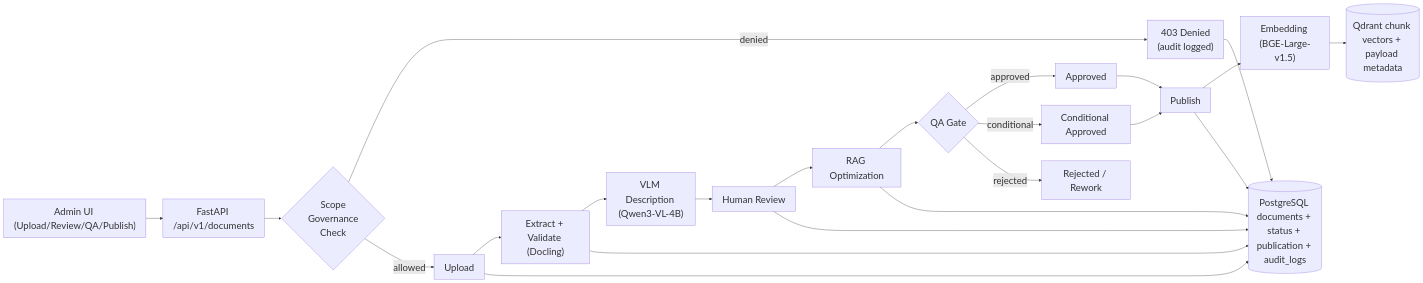
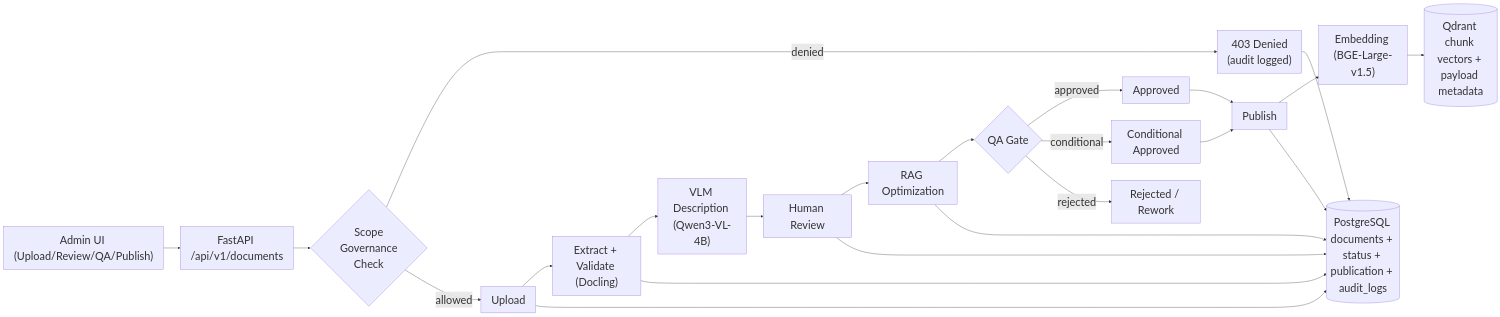
The first of 14 diagrams in docs/capstone/Final_Report.md (abedhossainn/PlantIQ), drawn with Mermaid before and after one commit. The commit also changed other lines of this file and 2 other files, not shown here.

````diff
--- a/docs/capstone/Final_Report.md
+++ b/docs/capstone/Final_Report.md
@@ -282,27 +282,27 @@
 ```mermaid
-%%{init: {'themeVariables': {'fontSize': '28px'}}}%%
+%%{init: {'themeVariables': {'fontSize': '32px'}}}%%
 flowchart LR
     %% Admin ingestion path
     UI["Admin UI (Upload/Review/QA/Publish)"] --> API["FastAPI /api/v1/documents"]
     API --> SCOPE{"Scope\nGovernance\nCheck"}
     SCOPE -->|denied| DENY["403 Denied\n(audit logged)"]
     SCOPE -->|allowed| UPL["Upload"] --> EXT["Extract + Validate (Docling)"] --> VLM["VLM Description (Qwen3-VL-4B)"]
     VLM --> HR["Human Review"] --> OPT["RAG Optimization"] --> QAG{"QA Gate"}
 
     %% QA outcomes
     QAG -->|approved| APP["Approved"] --> PUB["Publish"]
     QAG -->|conditional| COND["Conditional Approved"] --> PUB
     QAG -->|rejected| REJ["Rejected / Rework"]
 
     %% Publication to retrieval store
     PUB --> EMB["Embedding (BGE-Large-v1.5)"] --> QD[("Qdrant chunk vectors + payload metadata")]
 
     %% Transaction/audit persistence
     PG[("PostgreSQL documents + status + publication + audit_logs")]
     UPL --> PG
     EXT --> PG
     HR --> PG
     OPT --> PG
     PUB --> PG
     DENY --> PG
 ```
````
